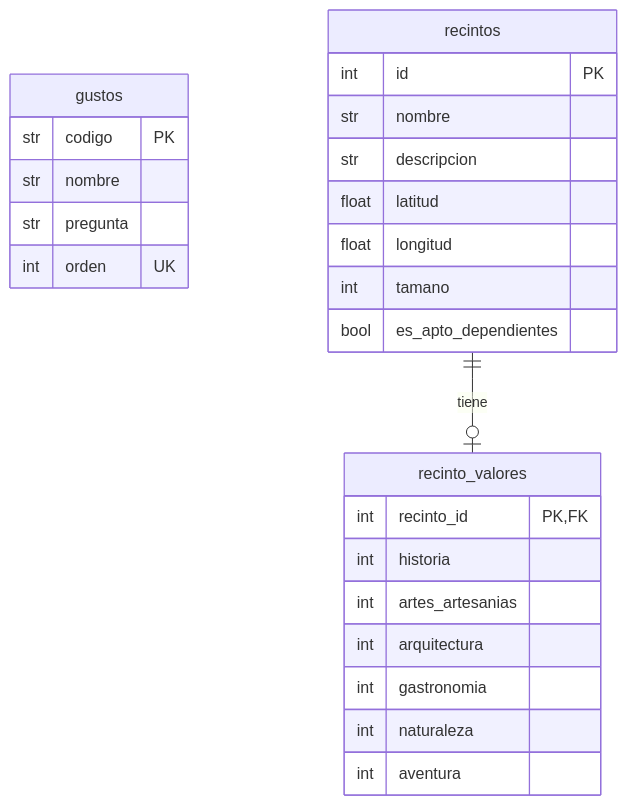
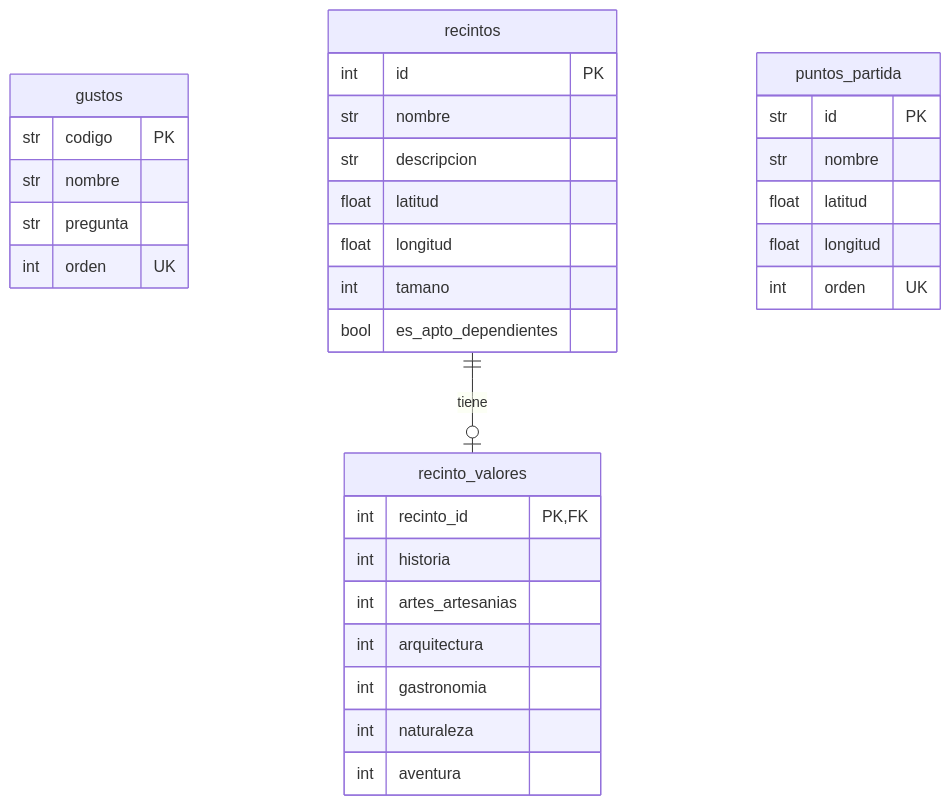
Before and after one commit to Isa-alt2000/UNRC-PP-2026B-Turismo: the diagram in backend/docs/base_datos.md, drawn with Mermaid. The commit also changed other lines of this file and 4 other files, not shown here.

Commit message:
feat(backedn): tabla de puntos de partida

````diff
--- a/backend/docs/base_datos.md
+++ b/backend/docs/base_datos.md
@@ -8,28 +8,35 @@
 ```mermaid
 erDiagram
     gustos {
         str codigo PK
         str nombre
         str pregunta
         int orden UK
     }
     recintos {
         int id PK
         str nombre
         str descripcion
         float latitud
         float longitud
         int tamano
         bool es_apto_dependientes
     }
     recinto_valores {
         int recinto_id PK, FK
         int historia
         int artes_artesanias
         int arquitectura
         int gastronomia
         int naturaleza
         int aventura
     }
     recintos ||--o| recinto_valores : "tiene"
+    puntos_partida {
+        str id PK
+        str nombre
+        float latitud
+        float longitud
+        int orden UK
+    }
 ```
````
